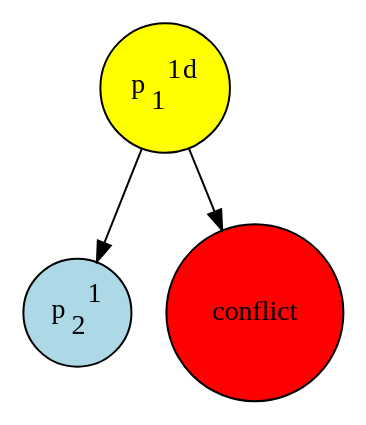
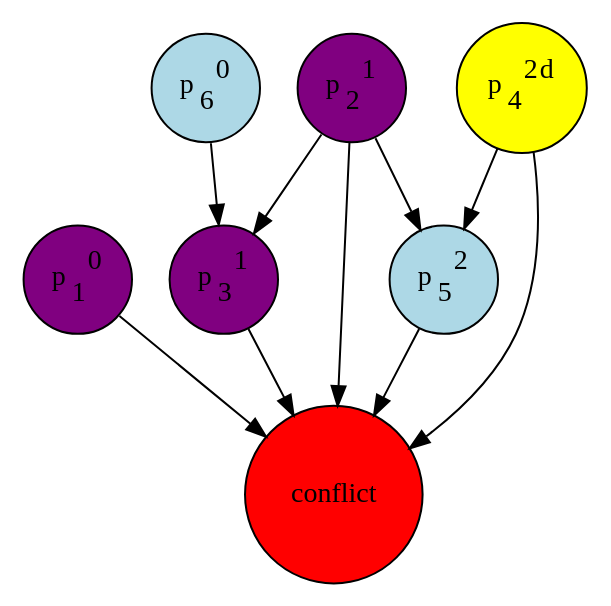
One commit to NicolasDerumigny/Project2-SAT-Solver changed the diagram in Rendu3/graph.dot. Above: the diagram before and after it, drawn with Graphviz. The commit also changed 3 other files, not shown here.

Commit message:
debug graph + clause learning completed + new test for graph

```diff
--- a/Rendu3/graph.dot
+++ b/Rendu3/graph.dot
@@ -1,10 +1,27 @@
 digraph conflict {
 node [style="filled,rounded",shape=circle,fillcolor=white];
-1 [label=<p<SUB>1</SUB><SUP>1</SUP><SUP>d</SUP>>,fillcolor=lightblue];
-2 [label=<p<SUB>2</SUB><SUP>1</SUP>>,fillcolor=lightblue];
-1 [label=<p<SUB>1</SUB><SUP>1</SUP><SUP>d</SUP>>];
-1 -> 2;
-1 [fillcolor=yellow];
+1 [label=<p<SUB>1</SUB><SUP>0</SUP>>,fillcolor=lightblue];
+6 [label=<p<SUB>6</SUB><SUP>0</SUP>>,fillcolor=lightblue];
+2 [label=<p<SUB>2</SUB><SUP>1</SUP><SUP>d</SUP>>,fillcolor=lightblue];
+3 [label=<p<SUB>3</SUB><SUP>1</SUP>>,fillcolor=lightblue];
+6 [label=<p<SUB>6</SUB><SUP>0</SUP>>];
+6 -> 3;
+2 [label=<p<SUB>2</SUB><SUP>1</SUP><SUP>d</SUP>>];
+2 -> 3;
+4 [label=<p<SUB>4</SUB><SUP>2</SUP><SUP>d</SUP>>,fillcolor=lightblue];
+5 [label=<p<SUB>5</SUB><SUP>2</SUP>>,fillcolor=lightblue];
+2 [label=<p<SUB>2</SUB><SUP>1</SUP>>];
+2 -> 5;
+4 [label=<p<SUB>4</SUB><SUP>2</SUP><SUP>d</SUP>>];
+4 -> 5;
+1 [fillcolor=purple];
+2 [fillcolor=purple];
+3 [fillcolor=purple];
+4 [fillcolor=yellow];
 conflict [fillcolor=red];
 1 -> conflict;
+2 -> conflict;
+3 -> conflict;
+4 -> conflict;
+5 -> conflict;
 }
```
